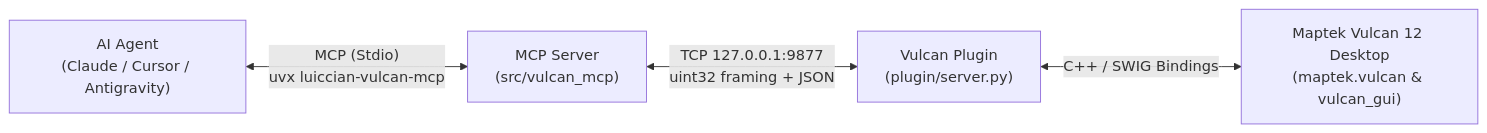
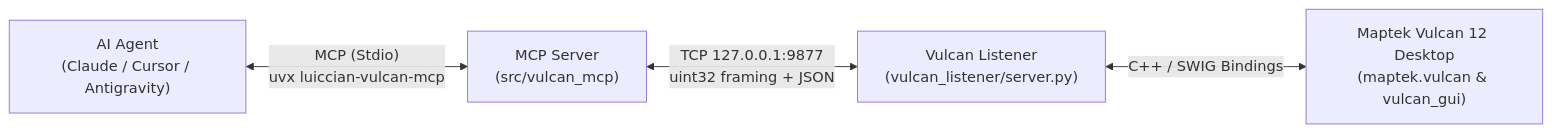
One commit to LuiccianDev/vulcan-mcp changed the diagram in README.md. Above: the diagram before and after it, drawn with Mermaid. The commit also changed other lines of this file and 37 other files, not shown here.

First line of the commit message:
feat: rename plugin to vulcan_listener, restrict sdist to src/, and clean agent (#8)

````diff
--- a/README.md
+++ b/README.md
@@ -94,6 +94,6 @@
 ```mermaid
 flowchart LR
     A["AI Agent<br/>(Claude / Cursor / Antigravity)"] <-->|"MCP (Stdio)<br/>uvx luiccian-vulcan-mcp"| B["MCP Server<br/>(src/vulcan_mcp)"]
-    B <-->|"TCP 127.0.0.1:9877<br/>uint32 framing + JSON"| C["Vulcan Plugin<br/>(plugin/server.py)"]
+    B <-->|"TCP 127.0.0.1:9877<br/>uint32 framing + JSON"| C["Vulcan Listener<br/>(vulcan_listener/server.py)"]
     C <-->|"C++ / SWIG Bindings"| D["Maptek Vulcan 12 Desktop<br/>(maptek.vulcan & vulcan_gui)"]
 ```
````
